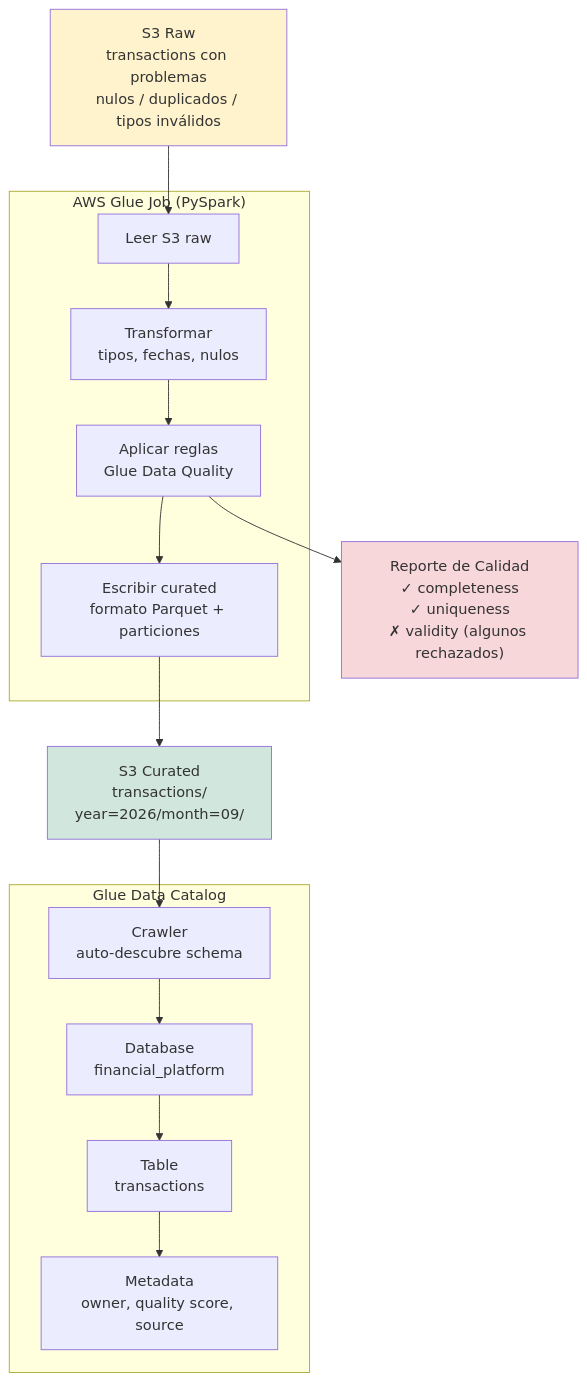
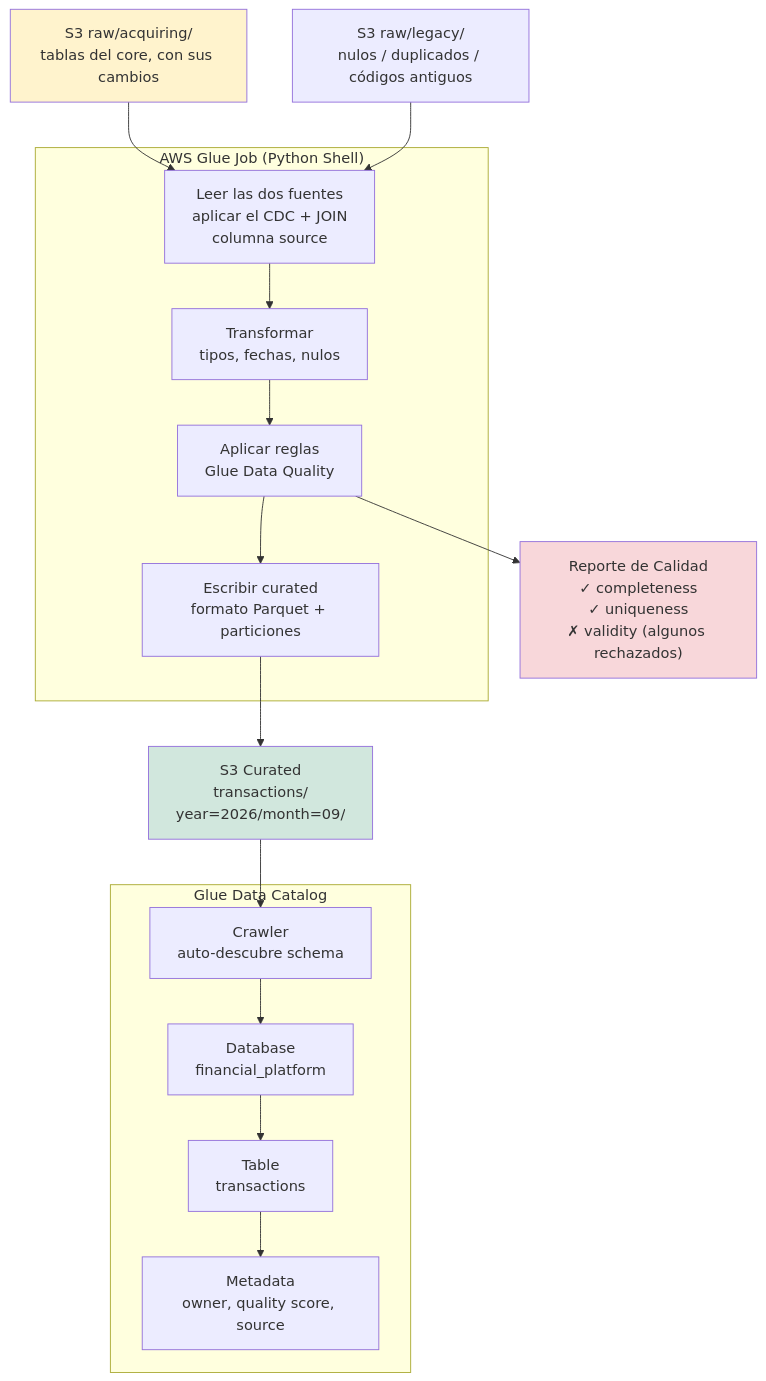
One commit to 8infinitecloud/aws-ug-databases-for-ia changed the third of 5 diagrams in docs/architecture.md. Above: the diagram before and after it, drawn with Mermaid. The commit also changed other lines of this file and 16 other files, not shown here.

````diff
--- a/docs/architecture.md
+++ b/docs/architecture.md
@@ -117,37 +119,39 @@
 ```mermaid
 flowchart TD
-    S3RAW["S3 Raw\ntransactions con problemas\nnulos / duplicados / tipos inválidos"]
+    S3RAW["S3 raw/acquiring/\ntablas del core, con sus cambios"]
+    S3LEG["S3 raw/legacy/\nnulos / duplicados / códigos antiguos"]
 
-    subgraph GLUE_JOB["AWS Glue Job (PySpark)"]
-        READ[Leer S3 raw]
+    subgraph GLUE_JOB["AWS Glue Job (Python Shell)"]
+        READ[Leer las dos fuentes\naplicar el CDC + JOIN\ncolumna source]
         CLEAN[Transformar\ntipos, fechas, nulos]
         VALIDATE[Aplicar reglas\nGlue Data Quality]
         WRITE[Escribir curated\nformato Parquet + particiones]
     end
 
     subgraph CATALOG_BLOCK["Glue Data Catalog"]
         CRAWLER[Crawler\nauto-descubre schema]
         DB[Database\nfinancial_platform]
         TABLE[Table\ntransactions]
         META[Metadata\nowner, quality score, source]
     end
 
     S3CURATED["S3 Curated\ntransactions/\nyear=2026/month=09/"]
 
     QUALITY_REPORT["Reporte de Calidad\n✓ completeness\n✓ uniqueness\n✗ validity (algunos rechazados)"]
 
     S3RAW --> READ
+    S3LEG --> READ
     READ --> CLEAN
     CLEAN --> VALIDATE
     VALIDATE --> WRITE
     WRITE --> S3CURATED
     VALIDATE --> QUALITY_REPORT
     S3CURATED --> CRAWLER
     CRAWLER --> DB
     DB --> TABLE
     TABLE --> META
 
     style S3RAW fill:#fff3cd
     style S3CURATED fill:#d1e7dd
     style QUALITY_REPORT fill:#f8d7da
 ```
````
